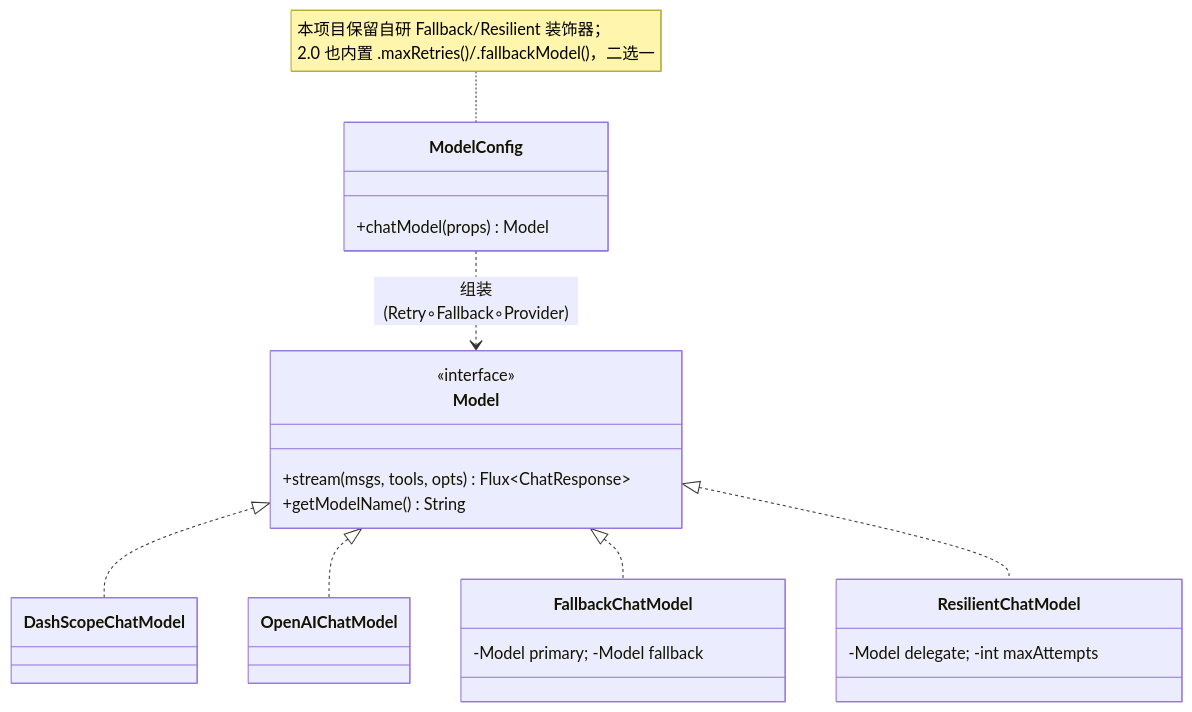
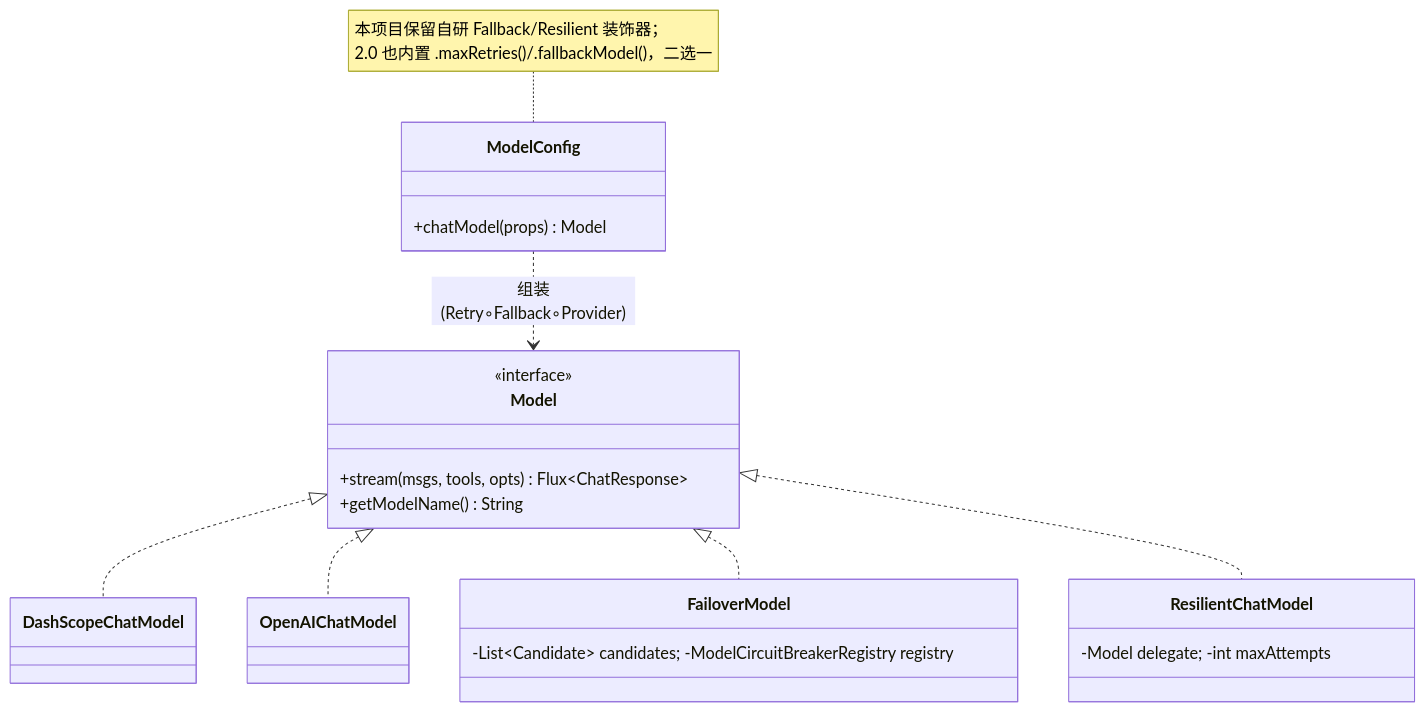
One commit to liulangjietou/customer_work changed the fifth of 32 diagrams in docs/详细技术文档.md. Above: the diagram before and after it, drawn with Mermaid. The commit also changed other lines of this file and 175 other files, not shown here.

````diff
--- a/docs/详细技术文档.md
+++ b/docs/详细技术文档.md
@@ -258,19 +258,19 @@
 ```mermaid
 classDiagram
     class Model {
         <<interface>>
         +stream(msgs, tools, opts) Flux~ChatResponse~
         +getModelName() String
     }
     class DashScopeChatModel
     class OpenAIChatModel
-    class FallbackChatModel { -Model primary; -Model fallback }
+    class FailoverModel { -List~Candidate~ candidates; -ModelCircuitBreakerRegistry registry }
     class ResilientChatModel { -Model delegate; -int maxAttempts }
     class ModelConfig { +chatModel(props) Model }
     Model <|.. DashScopeChatModel
     Model <|.. OpenAIChatModel
-    Model <|.. FallbackChatModel
+    Model <|.. FailoverModel
     Model <|.. ResilientChatModel
     ModelConfig ..> Model : 组装(Retry∘Fallback∘Provider)
     note for ModelConfig "本项目保留自研 Fallback/Resilient 装饰器；<br/>2.0 也内置 .maxRetries()/.fallbackModel()，二选一"
 ```
````
